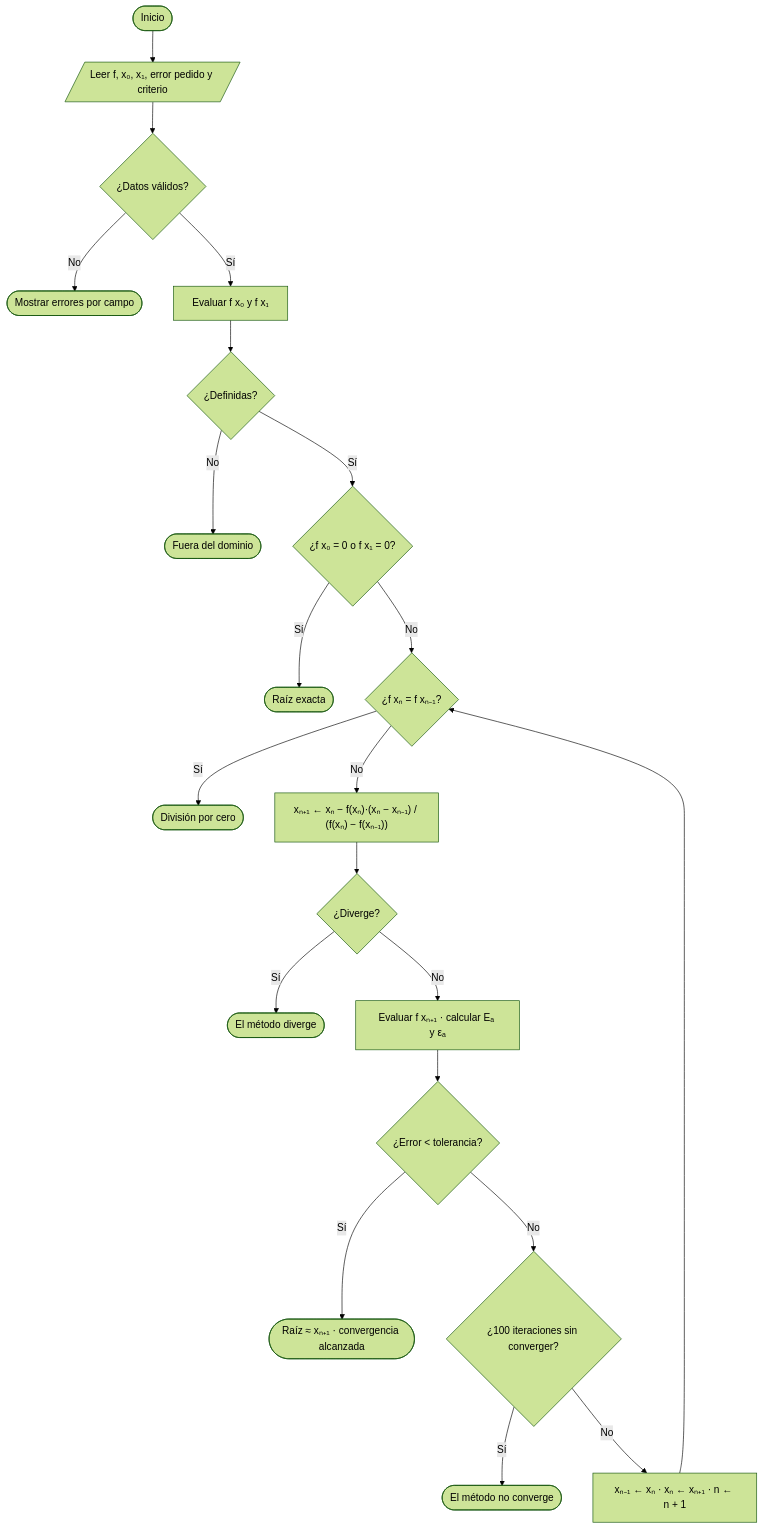
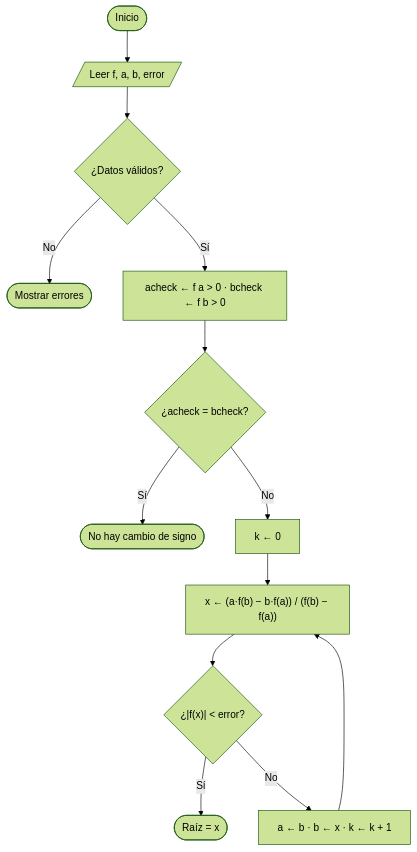
The first of 2 diagrams in docs/DOCUMENTACION_TECNICA.md (hectortigoza/matematica-trabajo-practico-metodo-secante-4to-semestre), drawn with Mermaid (forest theme) before and after one commit. The commit also changed other lines of this file and 6 other files, not shown here.

````diff
--- a/docs/DOCUMENTACION_TECNICA.md
+++ b/docs/DOCUMENTACION_TECNICA.md
@@ -114,23 +108,15 @@
 ```mermaid
 flowchart TD
-    A([Inicio]) --> B[/Leer f, x₀, x₁, error pedido y criterio/]
+    A([Inicio]) --> B[/Leer f, a, b, error/]
     B --> V{¿Datos válidos?}
-    V -- No --> VE([Mostrar errores por campo])
-    V -- Sí --> C[Evaluar f x₀ y f x₁]
-    C --> D{¿Definidas?}
-    D -- No --> DE([Fuera del dominio])
-    D -- Sí --> E{¿f x₀ = 0 o f x₁ = 0?}
-    E -- Sí --> EE([Raíz exacta])
-    E -- No --> G{¿f xₙ = f xₙ₋₁?}
-    G -- Sí --> GE([División por cero])
-    G -- No --> H["xₙ₊₁ ← xₙ − f(xₙ)·(xₙ − xₙ₋₁) / (f(xₙ) − f(xₙ₋₁))"]
-    H --> I{¿Diverge?}
-    I -- Sí --> IE([El método diverge])
-    I -- No --> J[Evaluar f xₙ₊₁ · calcular Eₐ y εₐ]
-    J --> K{¿Error < tolerancia?}
-    K -- Sí --> KE([Raíz ≈ xₙ₊₁ · convergencia alcanzada])
-    K -- No --> L{¿100 iteraciones sin converger?}
-    L -- Sí --> LE([El método no converge])
-    L -- No --> M[xₙ₋₁ ← xₙ · xₙ ← xₙ₊₁ · n ← n + 1]
-    M --> G
+    V -- No --> VE([Mostrar errores])
+    V -- Sí --> C[acheck ← f a > 0 · bcheck ← f b > 0]
+    C --> D{¿acheck = bcheck?}
+    D -- Sí --> DE([No hay cambio de signo])
+    D -- No --> E[k ← 0]
+    E --> F["x ← (a·f(b) − b·f(a)) / (f(b) − f(a))"]
+    F --> G{"¿|f(x)| < error?"}
+    G -- Sí --> GE([Raíz = x])
+    G -- No --> H[a ← b · b ← x · k ← k + 1]
+    H --> F
 ```
````
